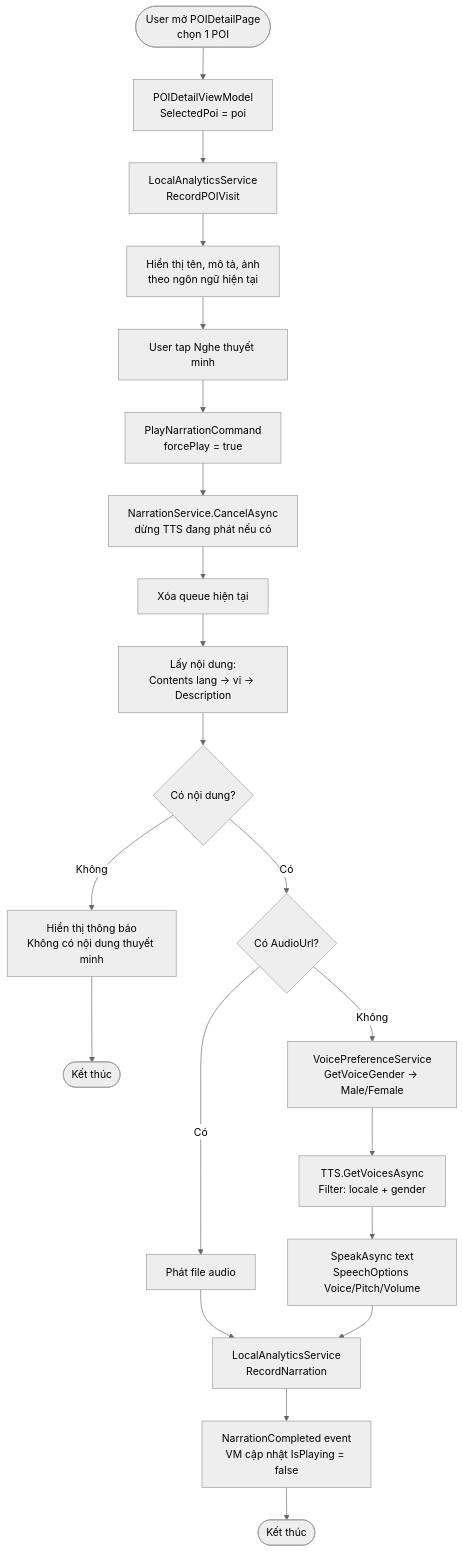
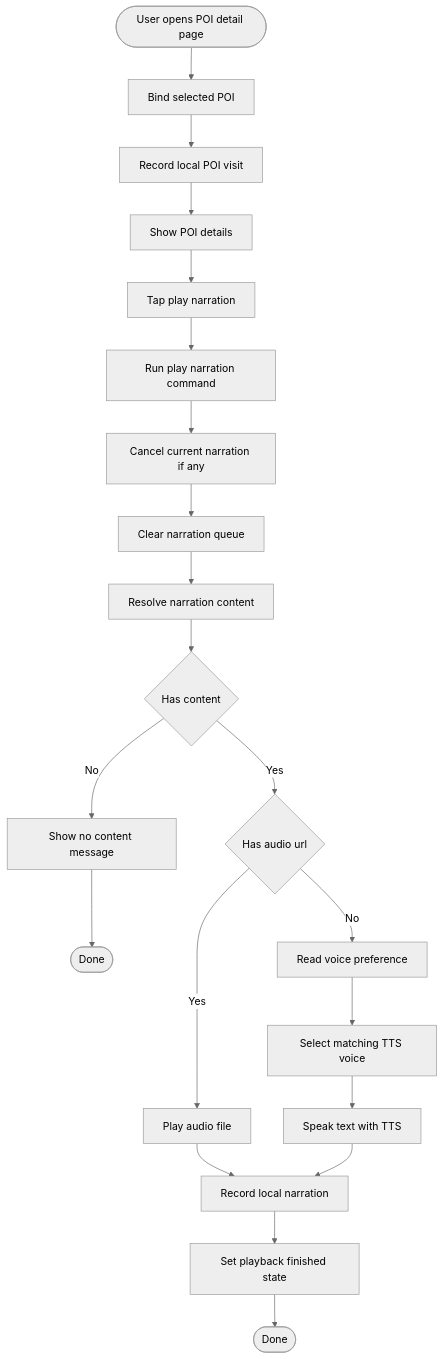
One commit to KhanhChung2k5/k_tour changed diagram 40 of 44 in docs/PRODUCT_REQUIREMENTS.md. Above: the diagram before and after it, drawn with Mermaid (neutral theme). The commit also changed other lines of this file, not shown here.

Commit message:
Fix display diagram on github

````diff
--- a/docs/PRODUCT_REQUIREMENTS.md
+++ b/docs/PRODUCT_REQUIREMENTS.md
@@ -1828,23 +1830,23 @@
 ```mermaid
 flowchart TD
-    Start([User mở POIDetailPage<br/>chọn 1 POI]) --> LoadPOI[POIDetailViewModel<br/>SelectedPoi = poi]
-    LoadPOI --> RecordVisit[LocalAnalyticsService<br/>RecordPOIVisit]
-    RecordVisit --> ShowDetail[Hiển thị tên, mô tả, ảnh<br/>theo ngôn ngữ hiện tại]
-    ShowDetail --> TapPlay[User tap Nghe thuyết minh]
-    TapPlay --> PlayCmd[PlayNarrationCommand<br/>forcePlay = true]
-    PlayCmd --> Cancel[NarrationService.CancelAsync<br/>dừng TTS đang phát nếu có]
-    Cancel --> ClearQueue[Xóa queue hiện tại]
-    ClearQueue --> GetContent[Lấy nội dung:<br/>Contents lang -> vi -> Description]
-    GetContent --> HasContent{Có nội dung?}
-    HasContent -->|Không| ShowEmpty[Hiển thị thông báo<br/>Không có nội dung thuyết minh]
-    ShowEmpty --> End2([Kết thúc])
-    HasContent -->|Có| HasAudio{Có AudioUrl?}
-    HasAudio -->|Có| PlayAudio[Phát file audio]
-    HasAudio -->|Không| GetVoice[VoicePreferenceService<br/>GetVoiceGender -> Male/Female]
-    GetVoice --> FindVoice[TTS.GetVoicesAsync<br/>Filter: locale + gender]
-    FindVoice --> SpeakTTS[SpeakAsync text<br/>SpeechOptions Voice/Pitch/Volume]
-    PlayAudio --> RecordNarr[LocalAnalyticsService<br/>RecordNarration]
+    Start([User opens POI detail page]) --> LoadPOI[Bind selected POI]
+    LoadPOI --> RecordVisit[Record local POI visit]
+    RecordVisit --> ShowDetail[Show POI details]
+    ShowDetail --> TapPlay[Tap play narration]
+    TapPlay --> PlayCmd[Run play narration command]
+    PlayCmd --> Cancel[Cancel current narration if any]
+    Cancel --> ClearQueue[Clear narration queue]
+    ClearQueue --> GetContent[Resolve narration content]
+    GetContent --> HasContent{Has content}
+    HasContent -->|No| ShowEmpty[Show no content message]
+    ShowEmpty --> End2([Done])
+    HasContent -->|Yes| HasAudio{Has audio url}
+    HasAudio -->|Yes| PlayAudio[Play audio file]
+    HasAudio -->|No| GetVoice[Read voice preference]
+    GetVoice --> FindVoice[Select matching TTS voice]
+    FindVoice --> SpeakTTS[Speak text with TTS]
+    PlayAudio --> RecordNarr[Record local narration]
     SpeakTTS --> RecordNarr
-    RecordNarr --> Done[NarrationCompleted event<br/>VM cập nhật IsPlaying = false]
-    Done --> End([Kết thúc])
+    RecordNarr --> Done[Set playback finished state]
+    Done --> End([Done])
 ```
````
